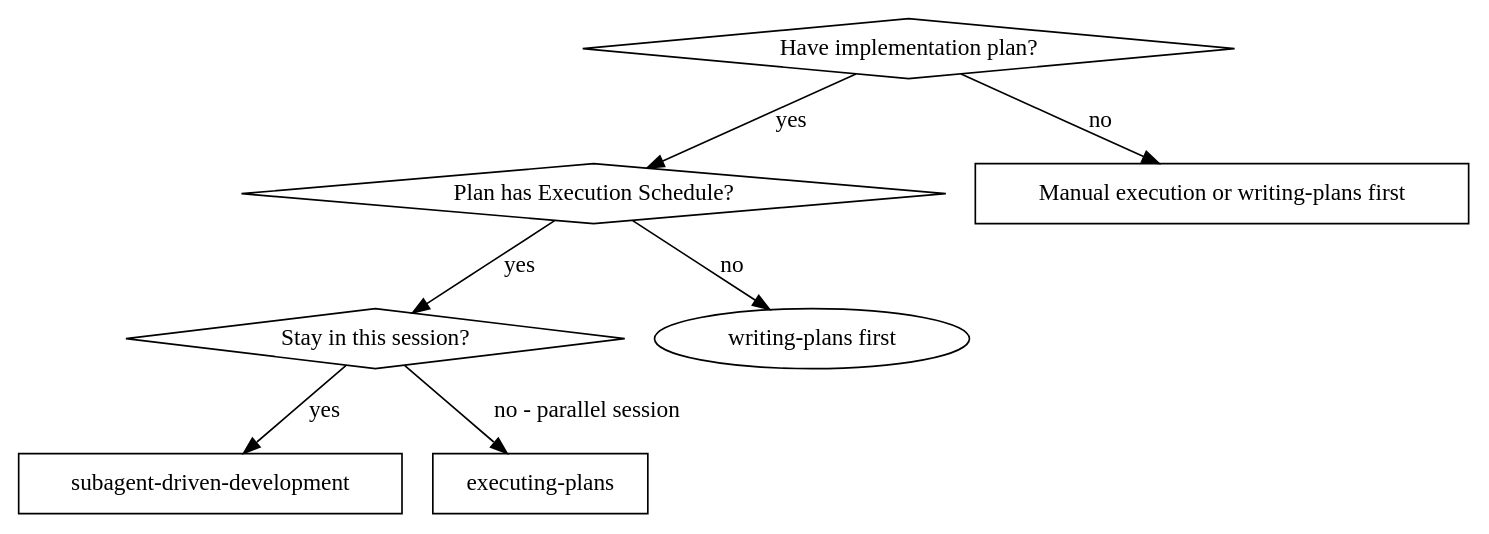
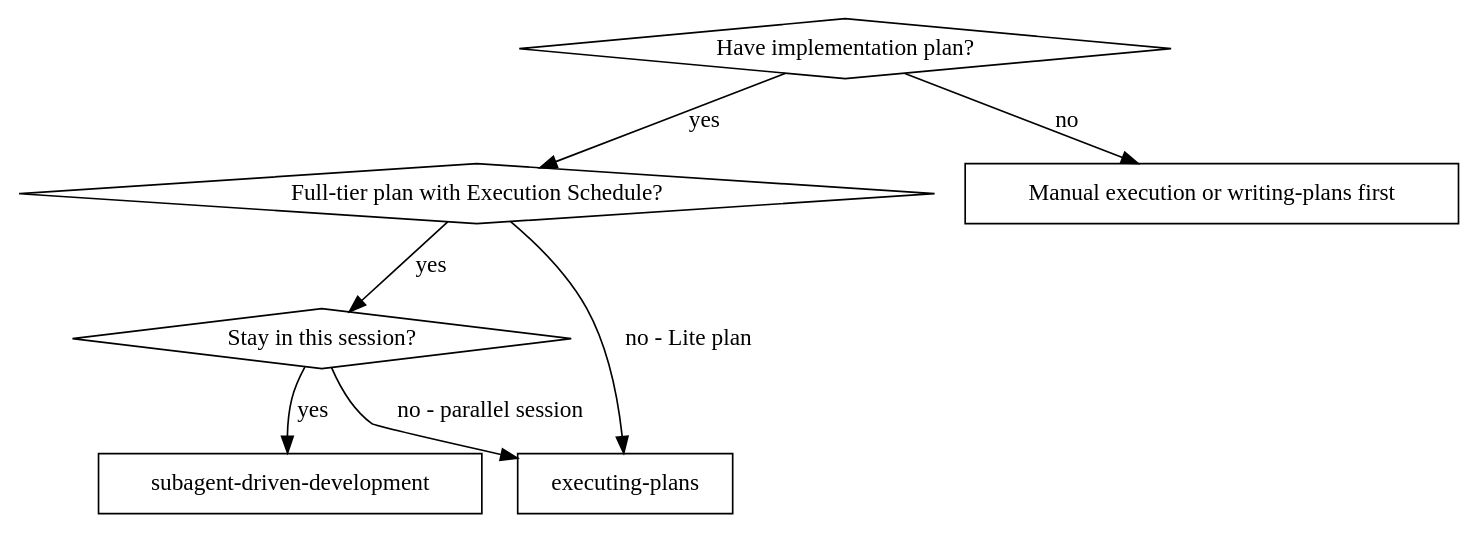
One commit to D3nnis72/Playbook changed the first of 2 diagrams in skills/subagent-driven-development/SKILL.md. Above: the diagram before and after it, drawn with Graphviz. The commit also changed other lines of this file and 7 other files, not shown here.

````diff
--- a/skills/subagent-driven-development/SKILL.md
+++ b/skills/subagent-driven-development/SKILL.md
@@ -23,17 +23,17 @@
 ```dot
 digraph when_to_use {
     "Have implementation plan?" [shape=diamond];
-    "Plan has Execution Schedule?" [shape=diamond];
+    "Full-tier plan with Execution Schedule?" [shape=diamond];
     "Stay in this session?" [shape=diamond];
     "subagent-driven-development" [shape=box];
     "executing-plans" [shape=box];
     "Manual execution or writing-plans first" [shape=box];
 
-    "Have implementation plan?" -> "Plan has Execution Schedule?" [label="yes"];
+    "Have implementation plan?" -> "Full-tier plan with Execution Schedule?" [label="yes"];
     "Have implementation plan?" -> "Manual execution or writing-plans first" [label="no"];
-    "Plan has Execution Schedule?" -> "Stay in this session?" [label="yes"];
-    "Plan has Execution Schedule?" -> "writing-plans first" [label="no"];
+    "Full-tier plan with Execution Schedule?" -> "Stay in this session?" [label="yes"];
+    "Full-tier plan with Execution Schedule?" -> "executing-plans" [label="no - Lite plan"];
     "Stay in this session?" -> "subagent-driven-development" [label="yes"];
     "Stay in this session?" -> "executing-plans" [label="no - parallel session"];
 }
 ```
````
